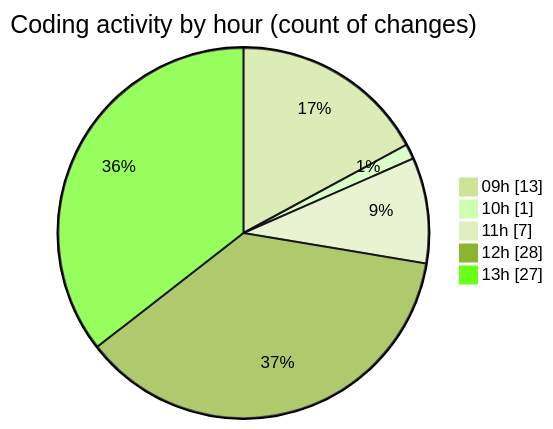
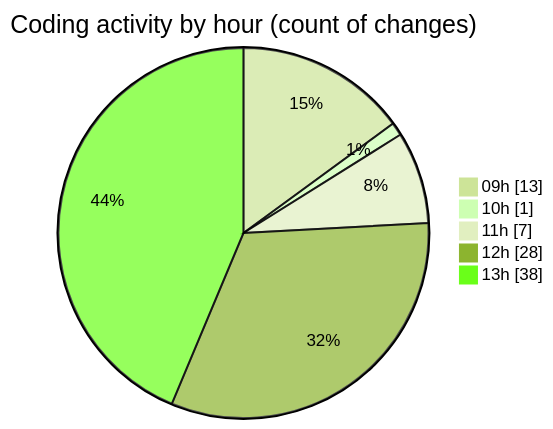
The second of 2 diagrams in 2025-05-12/cda/README.md (momahboobian/code-tracking), drawn with Mermaid (forest theme) before and after one commit. The commit also changed other lines of this file and 1 other file, not shown here.

````diff
--- a/2025-05-12/cda/README.md
+++ b/2025-05-12/cda/README.md
@@ -41,9 +41,9 @@
 ```mermaid
 pie showData
 title Coding activity by hour (count of changes)
 "09h" : 13
 "10h" : 1
 "11h" : 7
 "12h" : 28
-"13h" : 27
+"13h" : 38
 ```
````
